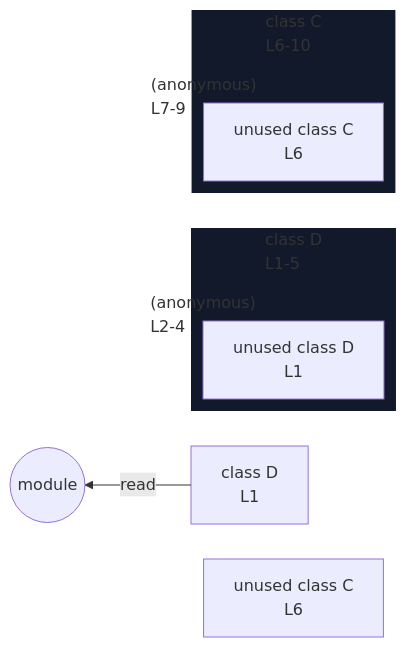
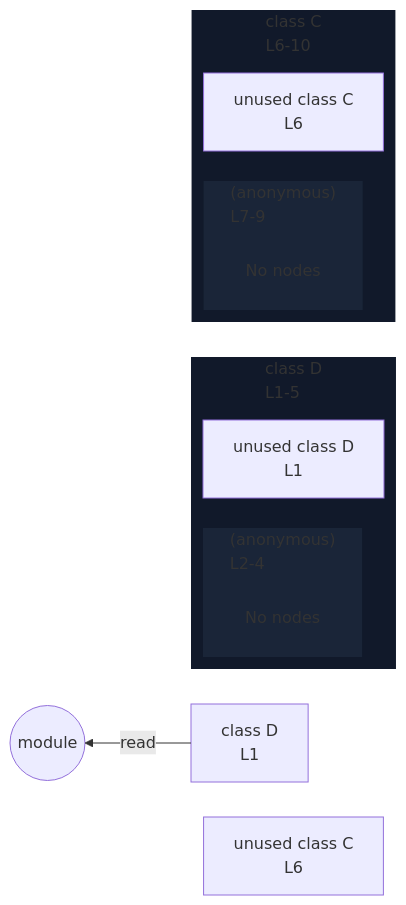
The diagram in integration/fixtures/app-behavior/ast-type-coverage/super/preview.md (crescware/unsnarl), drawn with Mermaid before and after one commit. The commit also changed 55 other files, not shown here.

First line of the commit message:
Always emit a 'No nodes' placeholder in empty elk subgraphs

````diff
--- a/integration/fixtures/app-behavior/ast-type-coverage/super/preview.md
+++ b/integration/fixtures/app-behavior/ast-type-coverage/super/preview.md
@@ -20,28 +20,33 @@
 ```mermaid
 %%{init: {"flowchart": {"defaultRenderer": "elk"}}}%%
 flowchart RL
   n_scope_0_D_6["class D<br/>L1"]
   n_scope_0_C_44["unused class C<br/>L6"]
   subgraph s_scope_1["class D<br/>L1-5"]
     direction RL
     n_scope_1_D_6["unused class D<br/>L1"]
     subgraph s_scope_2["(anonymous)<br/>L2-4"]
       direction RL
+      elk_empty_s_scope_2["No nodes"]
     end
   end
   subgraph s_scope_3["class C<br/>L6-10"]
     direction RL
     n_scope_3_C_44["unused class C<br/>L6"]
     subgraph s_scope_4["(anonymous)<br/>L7-9"]
       direction RL
+      elk_empty_s_scope_4["No nodes"]
     end
   end
   n_scope_0_D_6 -->|read| module_root
   module_root((module))
   classDef nestL1 fill:#11192a,stroke:transparent;
   class s_scope_1 nestL1;
   class s_scope_3 nestL1;
   classDef nestL2 fill:#1a2538,stroke:transparent;
   class s_scope_2 nestL2;
   class s_scope_4 nestL2;
+  classDef elkEmptyPlaceholder fill:transparent,stroke:transparent;
+  class elk_empty_s_scope_2 elkEmptyPlaceholder;
+  class elk_empty_s_scope_4 elkEmptyPlaceholder;
 ```
````
